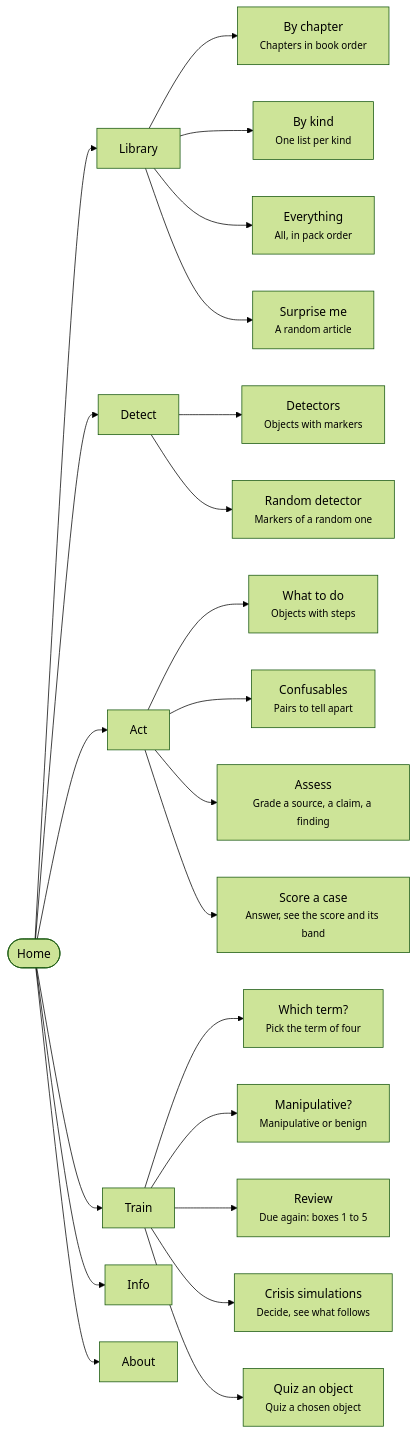
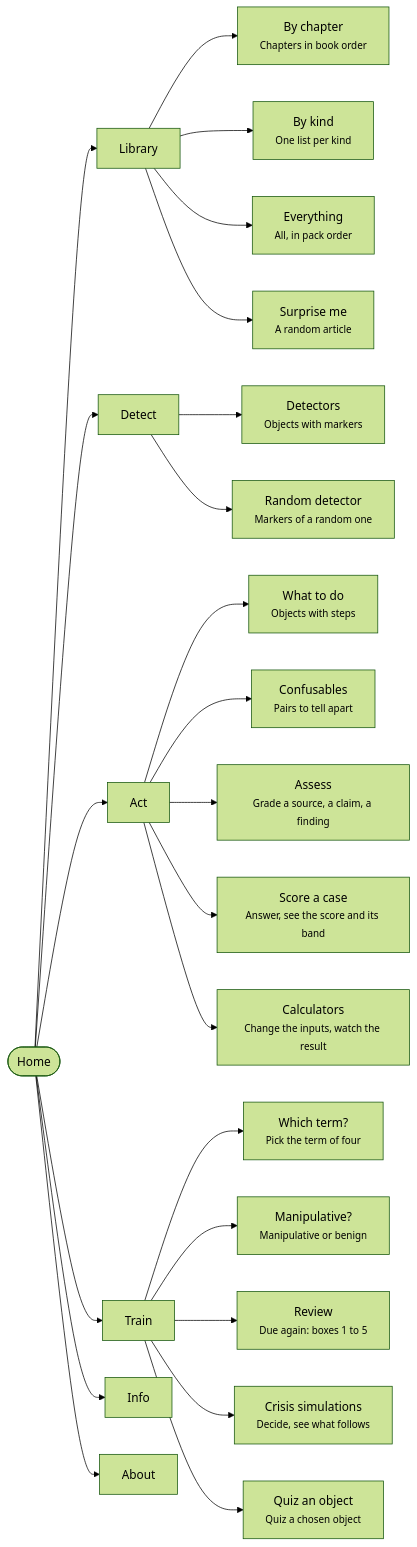
The first of 3 diagrams in README.md (korczis/prismatic-flipperzero), drawn with Mermaid (forest theme) before and after one commit. The commit also changed other lines of this file and 41 other files, not shown here.

````diff
--- a/README.md
+++ b/README.md
@@ -154,25 +156,26 @@
 ```mermaid
 flowchart LR
   home(["Home"])
   home --> h0["Library"]
   h0 --> h0e0["By chapter<br/><small>Chapters in book order</small>"]
   h0 --> h0e1["By kind<br/><small>One list per kind</small>"]
   h0 --> h0e2["Everything<br/><small>All, in pack order</small>"]
   h0 --> h0e3["Surprise me<br/><small>A random article</small>"]
   home --> h1["Detect"]
   h1 --> h1e0["Detectors<br/><small>Objects with markers</small>"]
   h1 --> h1e1["Random detector<br/><small>Markers of a random one</small>"]
   home --> h2["Act"]
   h2 --> h2e0["What to do<br/><small>Objects with steps</small>"]
   h2 --> h2e1["Confusables<br/><small>Pairs to tell apart</small>"]
   h2 --> h2e2["Assess<br/><small>Grade a source, a claim, a finding</small>"]
   h2 --> h2e3["Score a case<br/><small>Answer, see the score and its band</small>"]
+  h2 --> h2e4["Calculators<br/><small>Change the inputs, watch the result</small>"]
   home --> h3["Train"]
   h3 --> h3e0["Which term?<br/><small>Pick the term of four</small>"]
   h3 --> h3e1["Manipulative?<br/><small>Manipulative or benign</small>"]
   h3 --> h3e2["Review<br/><small>Due again: boxes 1 to 5</small>"]
   h3 --> h3e3["Crisis simulations<br/><small>Decide, see what follows</small>"]
   h3 --> h3e4["Quiz an object<br/><small>Quiz a chosen object</small>"]
   home --> t0["Info"]
   home --> t1["About"]
 ```
````
